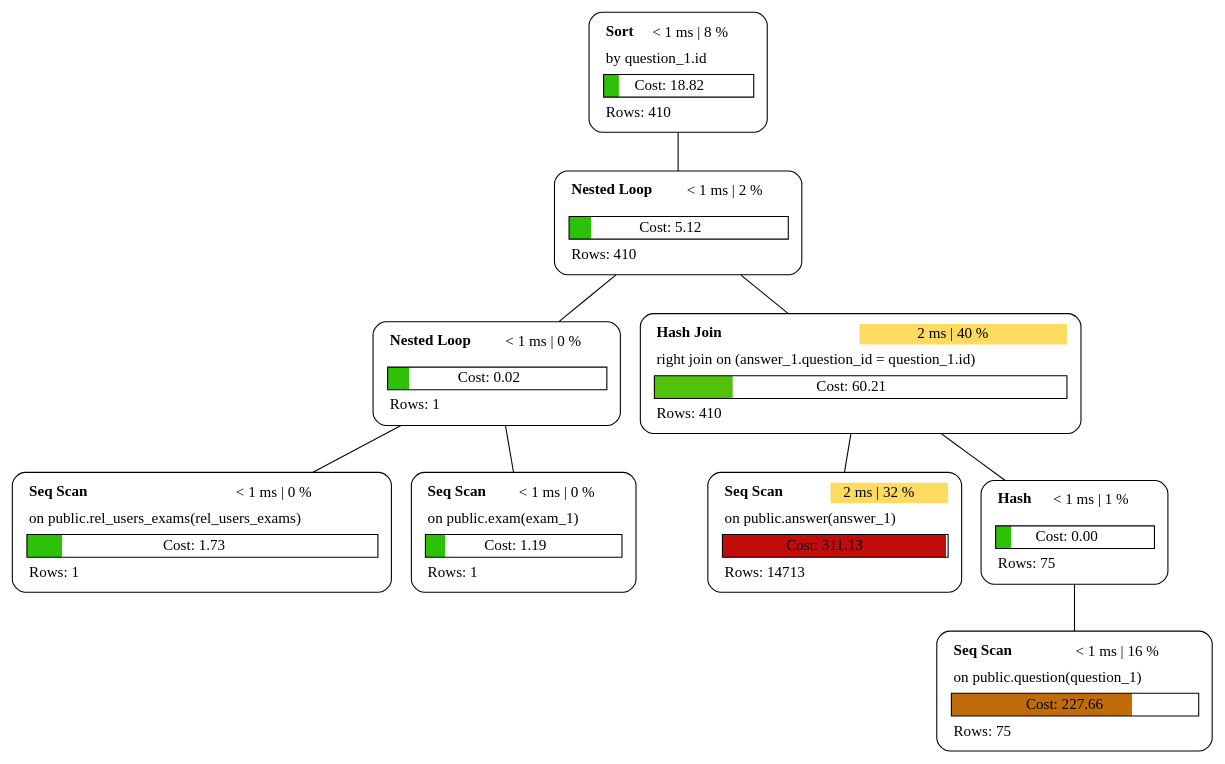
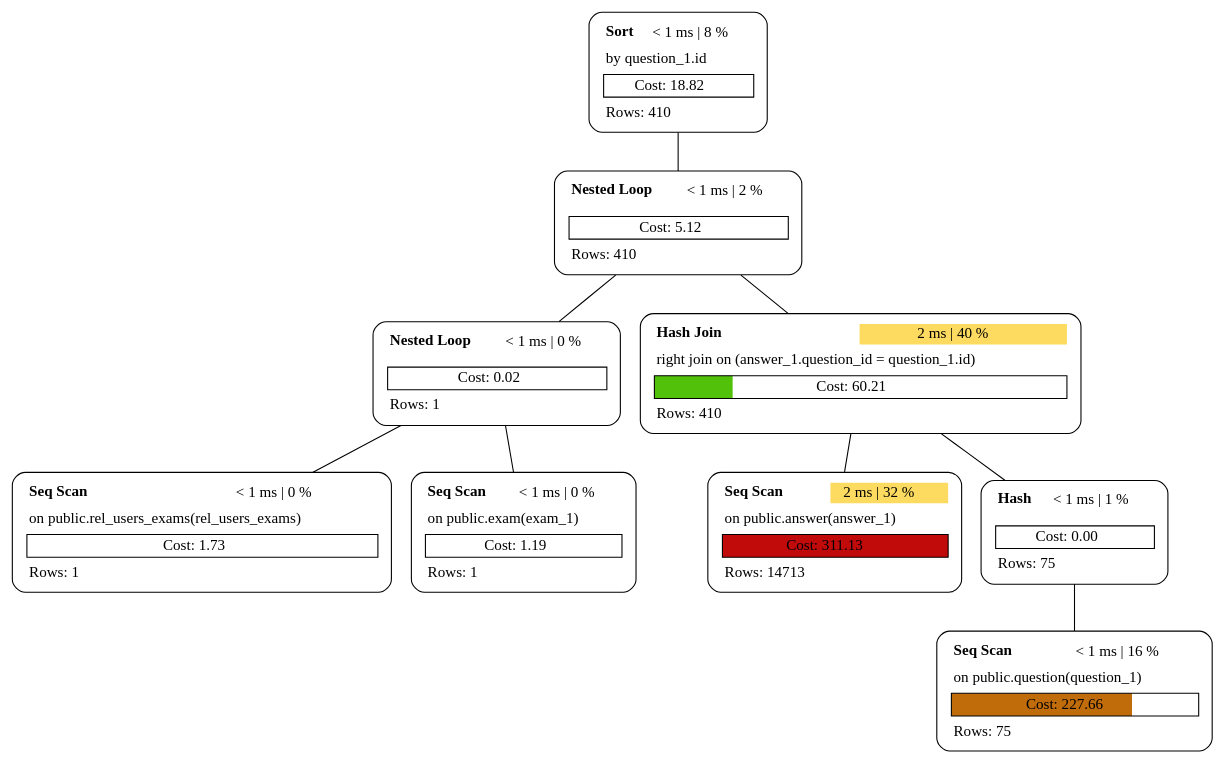
Before and after one commit to sanpii/explain: the diagram in examples/plan_2.dot, drawn with Graphviz. The commit also changed 16 other files, not shown here.

```diff
--- a/examples/plan_2.dot
+++ b/examples/plan_2.dot
@@ -1,19 +1,19 @@
 graph explain {
-    node0[label=<<table border="0" cellborder="0" cellspacing="5"><tr><td align="left"><b>Sort</b></td><td>&lt; 1 ms | 8 %</td></tr><tr><td colspan="2" align="left">by question_1.id</td></tr><tr><td colspan="2" border="1" bgcolor="#2ec10a;0.10:white">Cost: 18.82</td></tr><tr><td colspan="2" align="left">Rows: 410</td></tr></table>>][style="rounded"][shape="box"];
-    node1[label=<<table border="0" cellborder="0" cellspacing="5"><tr><td align="left"><b>Nested Loop</b></td><td>&lt; 1 ms | 2 %</td></tr><tr><td colspan="2" align="left"></td></tr><tr><td colspan="2" border="1" bgcolor="#2ec10a;0.10:white">Cost: 5.12</td></tr><tr><td colspan="2" align="left">Rows: 410</td></tr></table>>][style="rounded"][shape="box"];
-    node2[label=<<table border="0" cellborder="0" cellspacing="5"><tr><td align="left"><b>Nested Loop</b></td><td>&lt; 1 ms | 0 %</td></tr><tr><td colspan="2" align="left"></td></tr><tr><td colspan="2" border="1" bgcolor="#2ec10a;0.10:white">Cost: 0.02</td></tr><tr><td colspan="2" align="left">Rows: 1</td></tr></table>>][style="rounded"][shape="box"];
-    node3[label=<<table border="0" cellborder="0" cellspacing="5"><tr><td align="left"><b>Seq Scan</b></td><td>&lt; 1 ms | 0 %</td></tr><tr><td colspan="2" align="left">on public.rel_users_exams(rel_users_exams)</td></tr><tr><td colspan="2" border="1" bgcolor="#2ec10a;0.10:white">Cost: 1.73</td></tr><tr><td colspan="2" align="left">Rows: 1</td></tr></table>>][style="rounded"][shape="box"];
-    node4[label=<<table border="0" cellborder="0" cellspacing="5"><tr><td align="left"><b>Seq Scan</b></td><td>&lt; 1 ms | 0 %</td></tr><tr><td colspan="2" align="left">on public.exam(exam_1)</td></tr><tr><td colspan="2" border="1" bgcolor="#2ec10a;0.10:white">Cost: 1.19</td></tr><tr><td colspan="2" align="left">Rows: 1</td></tr></table>>][style="rounded"][shape="box"];
+    node0[label=<<table border="0" cellborder="0" cellspacing="5"><tr><td align="left"><b>Sort</b></td><td>&lt; 1 ms | 8 %</td></tr><tr><td colspan="2" align="left">by question_1.id</td></tr><tr><td colspan="2" border="1" >Cost: 18.82</td></tr><tr><td colspan="2" align="left">Rows: 410</td></tr></table>>][style="rounded"][shape="box"];
+    node1[label=<<table border="0" cellborder="0" cellspacing="5"><tr><td align="left"><b>Nested Loop</b></td><td>&lt; 1 ms | 2 %</td></tr><tr><td colspan="2" align="left"></td></tr><tr><td colspan="2" border="1" >Cost: 5.12</td></tr><tr><td colspan="2" align="left">Rows: 410</td></tr></table>>][style="rounded"][shape="box"];
+    node2[label=<<table border="0" cellborder="0" cellspacing="5"><tr><td align="left"><b>Nested Loop</b></td><td>&lt; 1 ms | 0 %</td></tr><tr><td colspan="2" align="left"></td></tr><tr><td colspan="2" border="1" >Cost: 0.02</td></tr><tr><td colspan="2" align="left">Rows: 1</td></tr></table>>][style="rounded"][shape="box"];
+    node3[label=<<table border="0" cellborder="0" cellspacing="5"><tr><td align="left"><b>Seq Scan</b></td><td>&lt; 1 ms | 0 %</td></tr><tr><td colspan="2" align="left">on public.rel_users_exams(rel_users_exams)</td></tr><tr><td colspan="2" border="1" >Cost: 1.73</td></tr><tr><td colspan="2" align="left">Rows: 1</td></tr></table>>][style="rounded"][shape="box"];
+    node4[label=<<table border="0" cellborder="0" cellspacing="5"><tr><td align="left"><b>Seq Scan</b></td><td>&lt; 1 ms | 0 %</td></tr><tr><td colspan="2" align="left">on public.exam(exam_1)</td></tr><tr><td colspan="2" border="1" >Cost: 1.19</td></tr><tr><td colspan="2" align="left">Rows: 1</td></tr></table>>][style="rounded"][shape="box"];
     node5[label=<<table border="0" cellborder="0" cellspacing="5"><tr><td align="left"><b>Hash Join</b></td><td bgcolor="#fddb61">2 ms | 40 %</td></tr><tr><td colspan="2" align="left">right join on (answer_1.question_id = question_1.id)</td></tr><tr><td colspan="2" border="1" bgcolor="#51c10a;0.19:white">Cost: 60.21</td></tr><tr><td colspan="2" align="left">Rows: 410</td></tr></table>>][style="rounded"][shape="box"];
-    node6[label=<<table border="0" cellborder="0" cellspacing="5"><tr><td align="left"><b>Seq Scan</b></td><td bgcolor="#fddb61">2 ms | 32 %</td></tr><tr><td colspan="2" align="left">on public.answer(answer_1)</td></tr><tr><td colspan="2" border="1" bgcolor="#c10d0a;0.99:white">Cost: 311.13</td></tr><tr><td colspan="2" align="left">Rows: 14713</td></tr></table>>][style="rounded"][shape="box"];
-    node7[label=<<table border="0" cellborder="0" cellspacing="5"><tr><td align="left"><b>Hash</b></td><td>&lt; 1 ms | 1 %</td></tr><tr><td colspan="2" align="left"></td></tr><tr><td colspan="2" border="1" bgcolor="#2ec10a;0.10:white">Cost: 0.00</td></tr><tr><td colspan="2" align="left">Rows: 75</td></tr></table>>][style="rounded"][shape="box"];
+    node6[label=<<table border="0" cellborder="0" cellspacing="5"><tr><td align="left"><b>Seq Scan</b></td><td bgcolor="#fddb61">2 ms | 32 %</td></tr><tr><td colspan="2" align="left">on public.answer(answer_1)</td></tr><tr><td colspan="2" border="1" bgcolor="#c10a0a">Cost: 311.13</td></tr><tr><td colspan="2" align="left">Rows: 14713</td></tr></table>>][style="rounded"][shape="box"];
+    node7[label=<<table border="0" cellborder="0" cellspacing="5"><tr><td align="left"><b>Hash</b></td><td>&lt; 1 ms | 1 %</td></tr><tr><td colspan="2" align="left"></td></tr><tr><td colspan="2" border="1" >Cost: 0.00</td></tr><tr><td colspan="2" align="left">Rows: 75</td></tr></table>>][style="rounded"][shape="box"];
     node8[label=<<table border="0" cellborder="0" cellspacing="5"><tr><td align="left"><b>Seq Scan</b></td><td>&lt; 1 ms | 16 %</td></tr><tr><td colspan="2" align="left">on public.question(question_1)</td></tr><tr><td colspan="2" border="1" bgcolor="#c16c0a;0.73:white">Cost: 227.66</td></tr><tr><td colspan="2" align="left">Rows: 75</td></tr></table>>][style="rounded"][shape="box"];
     node0 -- node1[label=""];
     node1 -- node2[label=""];
     node2 -- node3[label=""];
     node2 -- node4[label=""];
     node1 -- node5[label=""];
     node5 -- node6[label=""];
     node5 -- node7[label=""];
     node7 -- node8[label=""];
 }
```
